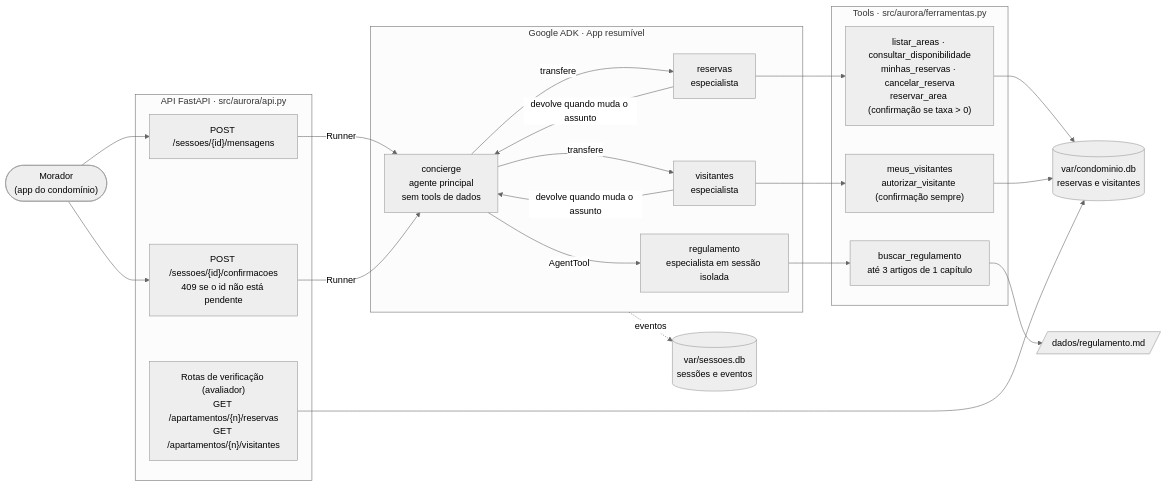
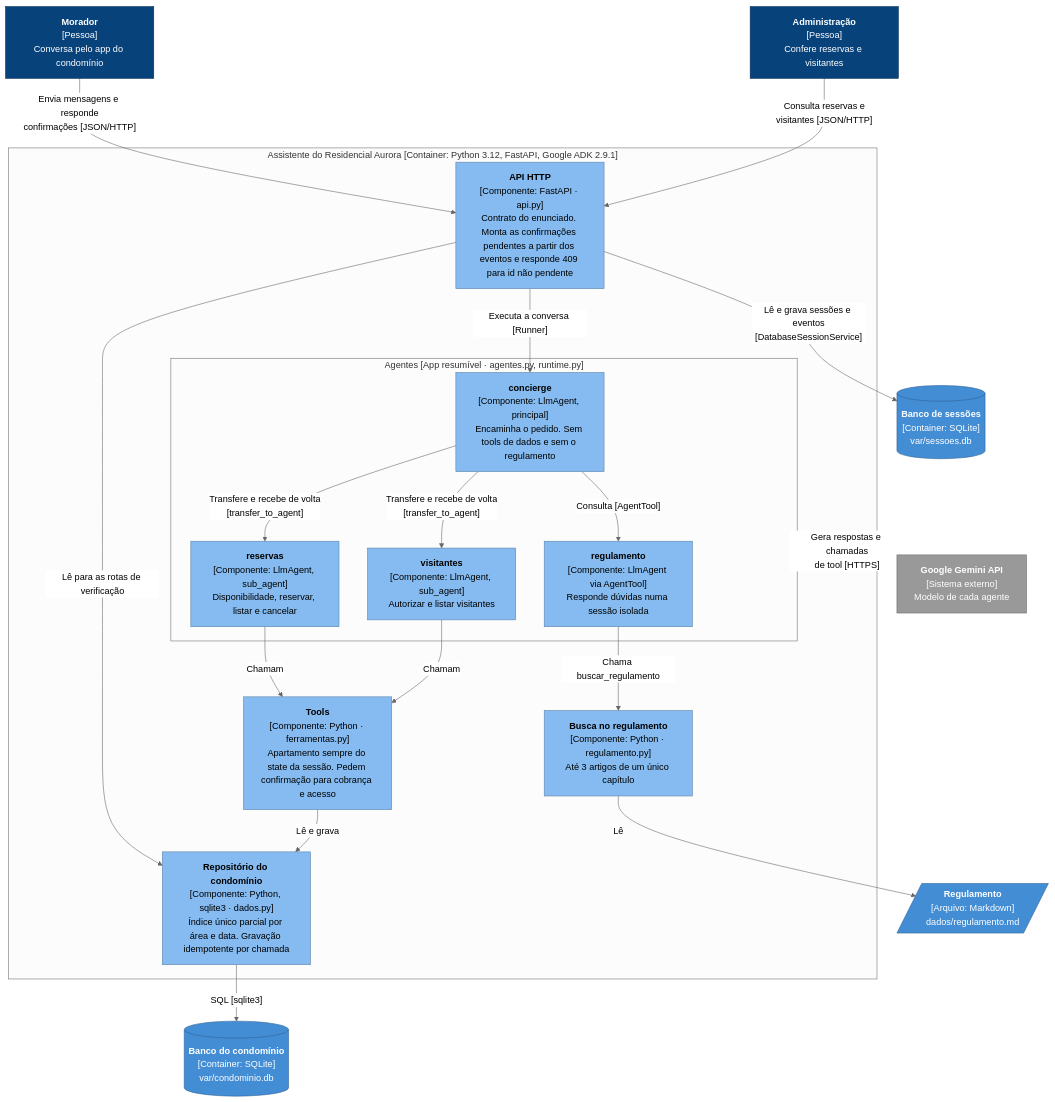
The diagram in README.md (ElderGil/assistente-residencial-aurora), drawn with Mermaid (neutral theme) before and after one commit. The commit also changed other lines of this file, not shown here.

Commit message:
README: arquitetura como diagrama de componentes C4 (nível 3)

````diff
--- a/README.md
+++ b/README.md
@@ -11,42 +13,49 @@
 ```mermaid
-flowchart LR
-    morador(["Morador<br/>(app do condomínio)"])
+flowchart TB
+    morador["<b>Morador</b><br/>[Pessoa]<br/>Conversa pelo app do condomínio"]
+    admin["<b>Administração</b><br/>[Pessoa]<br/>Confere reservas e visitantes"]
 
-    subgraph api ["API FastAPI · src/aurora/api.py"]
-        msg["POST /sessoes/{id}/mensagens"]
-        conf["POST /sessoes/{id}/confirmacoes<br/>409 se o id não está pendente"]
-        verif["Rotas de verificação (avaliador)<br/>GET /apartamentos/{n}/reservas<br/>GET /apartamentos/{n}/visitantes"]
+    subgraph sistema ["Assistente do Residencial Aurora [Container: Python 3.12, FastAPI, Google ADK 2.9.1]"]
+        api["<b>API HTTP</b><br/>[Componente: FastAPI · api.py]<br/>Contrato do enunciado. Monta as confirmações pendentes a partir dos eventos e responde 409 para id não pendente"]
+
+        subgraph agentes ["Agentes [App resumível · agentes.py, runtime.py]"]
+            concierge["<b>concierge</b><br/>[Componente: LlmAgent, principal]<br/>Encaminha o pedido. Sem tools de dados e sem o regulamento"]
+            reservas["<b>reservas</b><br/>[Componente: LlmAgent, sub_agent]<br/>Disponibilidade, reservar, listar e cancelar"]
+            visitantes["<b>visitantes</b><br/>[Componente: LlmAgent, sub_agent]<br/>Autorizar e listar visitantes"]
+            regulamento["<b>regulamento</b><br/>[Componente: LlmAgent via AgentTool]<br/>Responde dúvidas numa sessão isolada"]
+        end
+
+        tools["<b>Tools</b><br/>[Componente: Python · ferramentas.py]<br/>Apartamento sempre do state da sessão. Pedem confirmação para cobrança e acesso"]
+        repo["<b>Repositório do condomínio</b><br/>[Componente: Python, sqlite3 · dados.py]<br/>Índice único parcial por área e data. Gravação idempotente por chamada"]
+        busca["<b>Busca no regulamento</b><br/>[Componente: Python · regulamento.py]<br/>Até 3 artigos de um único capítulo"]
     end
 
-    subgraph adk ["Google ADK · App resumível"]
-        concierge["concierge<br/>agente principal<br/>sem tools de dados"]
-        reservas["reservas<br/>especialista"]
-        visitantes["visitantes<br/>especialista"]
-        regulamento["regulamento<br/>especialista em sessão isolada"]
-    end
+    gemini["<b>Google Gemini API</b><br/>[Sistema externo]<br/>Modelo de cada agente"]
+    dbcond[("<b>Banco do condomínio</b><br/>[Container: SQLite]<br/>var/condominio.db")]
+    dbsess[("<b>Banco de sessões</b><br/>[Container: SQLite]<br/>var/sessoes.db")]
+    regmd[/"<b>Regulamento</b><br/>[Arquivo: Markdown]<br/>dados/regulamento.md"/]
 
-    subgraph tools ["Tools · src/aurora/ferramentas.py"]
-        tr["listar_areas · consultar_disponibilidade<br/>minhas_reservas · cancelar_reserva<br/>reservar_area (confirmação se taxa > 0)"]
-        tv["meus_visitantes<br/>autorizar_visitante (confirmação sempre)"]
-        tg["buscar_regulamento<br/>até 3 artigos de 1 capítulo"]
-    end
+    morador -->|"Envia mensagens e responde<br/>confirmações [JSON/HTTP]"| api
+    admin -->|"Consulta reservas e<br/>visitantes [JSON/HTTP]"| api
+    api -->|"Executa a conversa [Runner]"| concierge
+    api -->|"Lê e grava sessões e eventos<br/>[DatabaseSessionService]"| dbsess
+    api -->|"Lê para as rotas de verificação"| repo
+    concierge -->|"Transfere e recebe de volta<br/>[transfer_to_agent]"| reservas
+    concierge -->|"Transfere e recebe de volta<br/>[transfer_to_agent]"| visitantes
+    concierge -->|"Consulta [AgentTool]"| regulamento
+    reservas & visitantes -->|"Chamam"| tools
+    regulamento -->|"Chama buscar_regulamento"| busca
+    tools -->|"Lê e grava"| repo
+    repo -->|"SQL [sqlite3]"| dbcond
+    busca -->|"Lê"| regmd
+    agentes -->|"Gera respostas e chamadas<br/>de tool [HTTPS]"| gemini
 
-    condominio[("var/condominio.db<br/>reservas e visitantes")]
-    sessoes[("var/sessoes.db<br/>sessões e eventos")]
-    reg[/"dados/regulamento.md"/]
-
-    morador --> msg & conf
-    msg & conf -->|Runner| concierge
-    concierge -->|transfere| reservas
-    concierge -->|transfere| visitantes
-    concierge -->|AgentTool| regulamento
-    reservas -->|devolve quando muda o assunto| concierge
-    visitantes -->|devolve quando muda o assunto| concierge
-    reservas --> tr
-    visitantes --> tv
-    regulamento --> tg
-    tr & tv --> condominio
-    verif --> condominio
-    tg --> reg
-    adk -. eventos .-> sessoes
+    classDef pessoa fill:#08427B,stroke:#052E56,color:#fff
+    classDef componente fill:#85BBF0,stroke:#5D82A8,color:#000
+    classDef container fill:#438DD5,stroke:#2E6295,color:#fff
+    classDef externo fill:#999999,stroke:#6B6B6B,color:#fff
+    class morador,admin pessoa
+    class api,concierge,reservas,visitantes,regulamento,tools,repo,busca componente
+    class dbcond,dbsess,regmd container
+    class gemini externo
 ```
````
